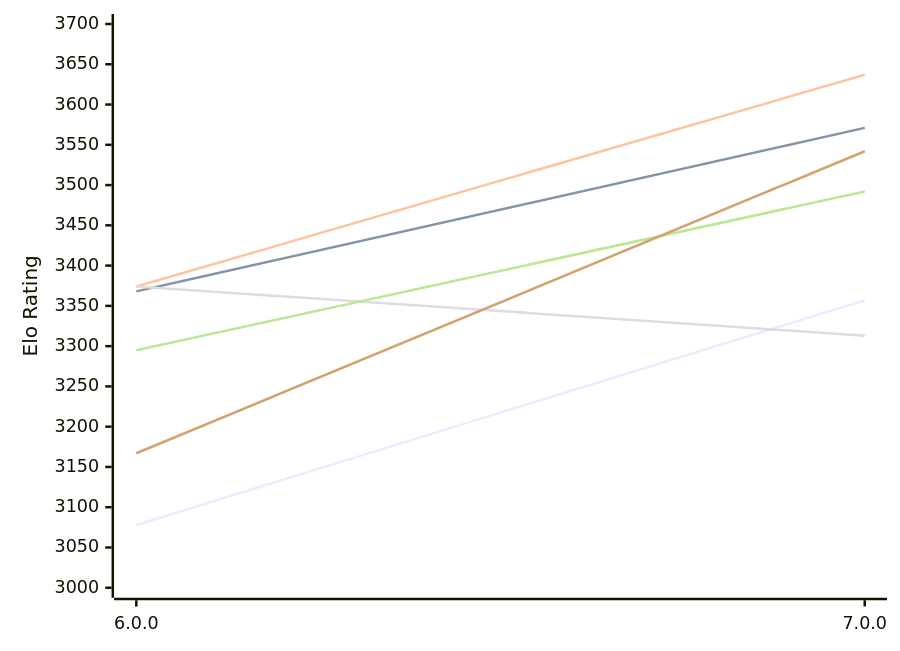
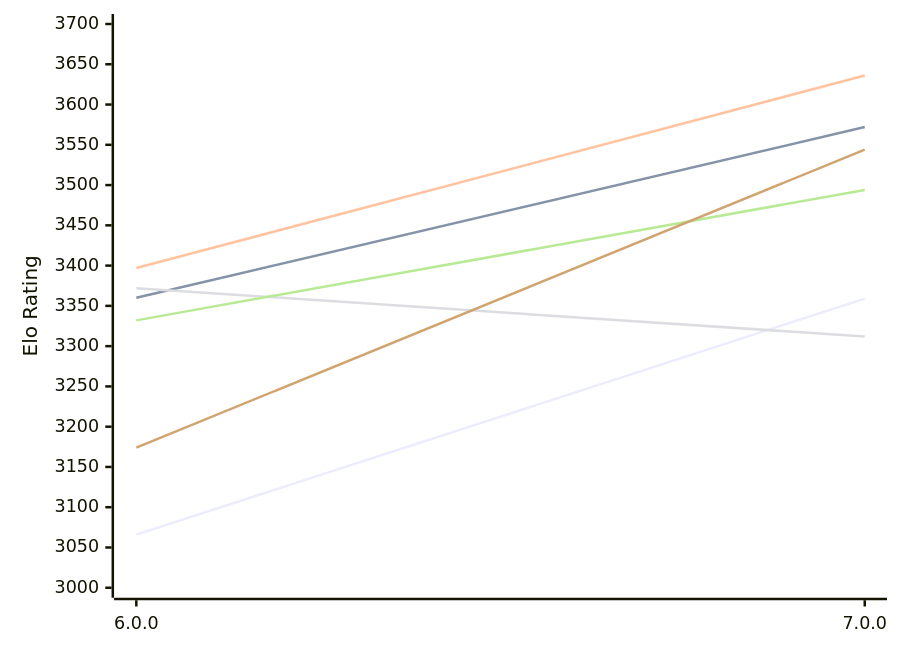
One commit to computer-chess-index/cci changed the first of 2 diagrams in engines/Minke.md. Above: the diagram before and after it, drawn with Mermaid. The commit also changed other lines of this file, not shown here.

Commit message:
Update CCI Ratings (ELO VLTC) - 2026-11-17

````diff
--- a/engines/Minke.md
+++ b/engines/Minke.md
@@ -53,12 +53,12 @@
 ```mermaid
 %%{init: {"theme":"base","themeVariables":{"seriesColors:['#a3a3a3','#222221','#faa371']}}}%%
 xychart-beta
   x-axis ["6.0.0", "7.0.0"]
   y-axis "Elo Rating" 3000 --> 3700
-  line "E1: STC (8.0+0.08s)" [3078, 3357]
-  line "E1: LTC (60.0+0.60s)" [3368, 3571]
-  line "E1: VLTC (2m24s+1.12s)" [3374, 3637]
-  line "P1: STC (8.0+0.08s)" [3374, 3313]
-  line "P1: LTC (60.0+0.60s)" [3295, 3492]
-  line "P1: VLTC (2m24s+1.12s)" [3167, 3542]
+  line "E1: STC (8.0+0.08s)" [3066, 3359]
+  line "E1: LTC (60.0+0.60s)" [3360, 3572]
+  line "E1: VLTC (2m24s+1.12s)" [3397, 3636]
+  line "P1: STC (8.0+0.08s)" [3372, 3312]
+  line "P1: LTC (60.0+0.60s)" [3332, 3494]
+  line "P1: VLTC (2m24s+1.12s)" [3174, 3544]
 ```
````
